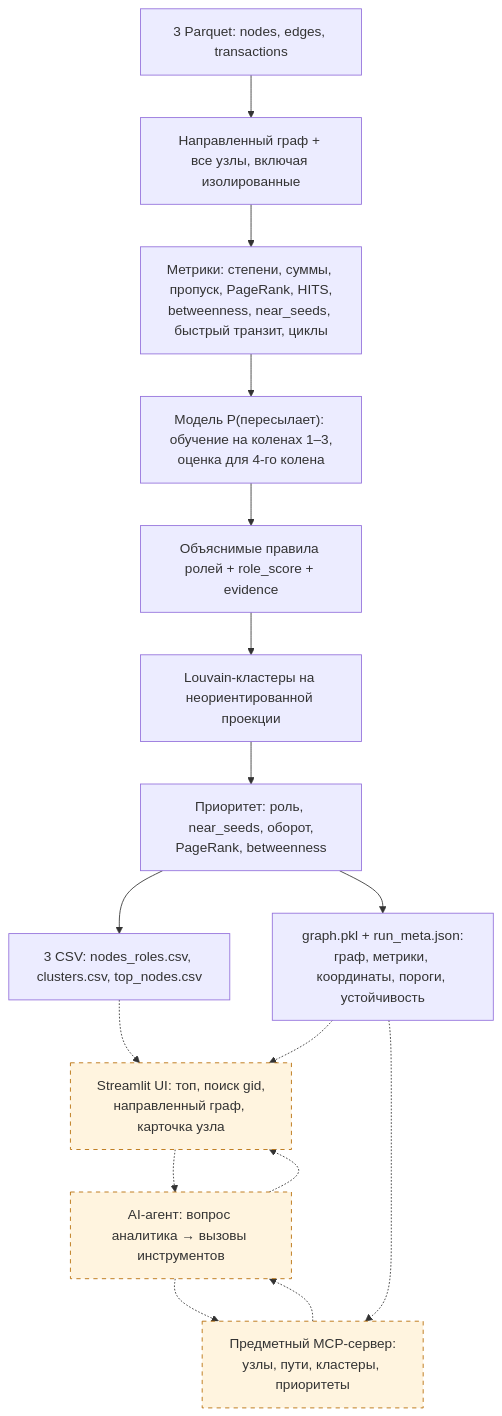
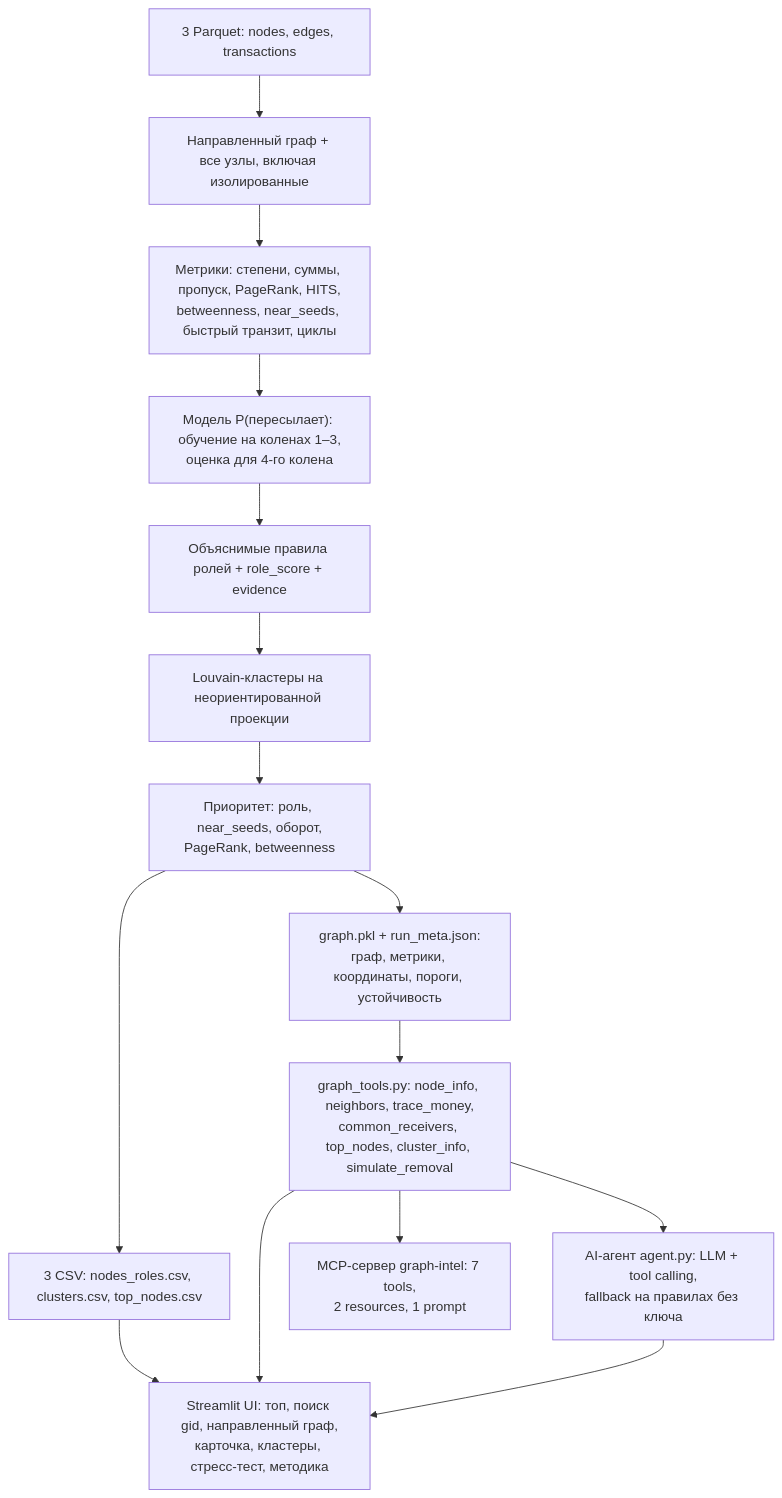
One commit to BAITC-Hacks/hack-4db729d3-sco-alasha changed the diagram in docs/architecture.md. Above: the diagram before and after it, drawn with Mermaid. The commit also changed other lines of this file and 4 other files, not shown here.

````diff
--- a/docs/architecture.md
+++ b/docs/architecture.md
@@ -9,20 +9,17 @@
 ```mermaid
 flowchart TD
     P["3 Parquet: nodes, edges, transactions"] --> G["Направленный граф + все узлы, включая изолированные"]
     G --> M["Метрики: степени, суммы, пропуск, PageRank, HITS,<br/>betweenness, near_seeds, быстрый транзит, циклы"]
     M --> F["Модель P(пересылает): обучение на коленах 1–3,<br/>оценка для 4-го колена"]
     F --> R["Объяснимые правила ролей + role_score + evidence"]
     R --> L["Louvain-кластеры на неориентированной проекции"]
     L --> S["Приоритет: роль, near_seeds, оборот,<br/>PageRank, betweenness"]
     S --> C["3 CSV: nodes_roles.csv, clusters.csv, top_nodes.csv"]
     S --> A["graph.pkl + run_meta.json:<br/>граф, метрики, координаты, пороги, устойчивость"]
-    C -.-> U["Streamlit UI: топ, поиск gid,<br/>направленный граф, карточка узла"]
-    A -.-> U
-    A -.-> MCP["Предметный MCP-сервер:<br/>узлы, пути, кластеры, приоритеты"]
-    U -.-> AI["AI-агент: вопрос аналитика → вызовы инструментов"]
-    AI -.-> MCP
-    MCP -.-> AI
-    AI -.-> U
-    classDef planned fill:#fff4df,stroke:#b56a00,stroke-dasharray:5 5;
-    class U,AI,MCP planned;
+    A --> T["graph_tools.py: node_info, neighbors, trace_money,<br/>common_receivers, top_nodes, cluster_info, simulate_removal"]
+    C --> U["Streamlit UI: топ, поиск gid, направленный граф,<br/>карточка, кластеры, стресс-тест, методика"]
+    T --> U
+    T --> AI["AI-агент agent.py: LLM + tool calling,<br/>fallback на правилах без ключа"]
+    T --> MCP["MCP-сервер graph-intel: 7 tools,<br/>2 resources, 1 prompt"]
+    AI --> U
 ```
````
